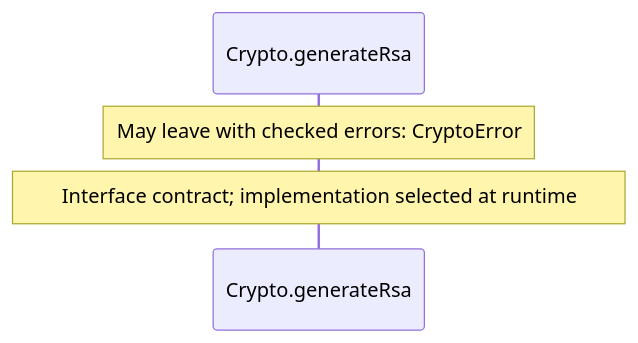
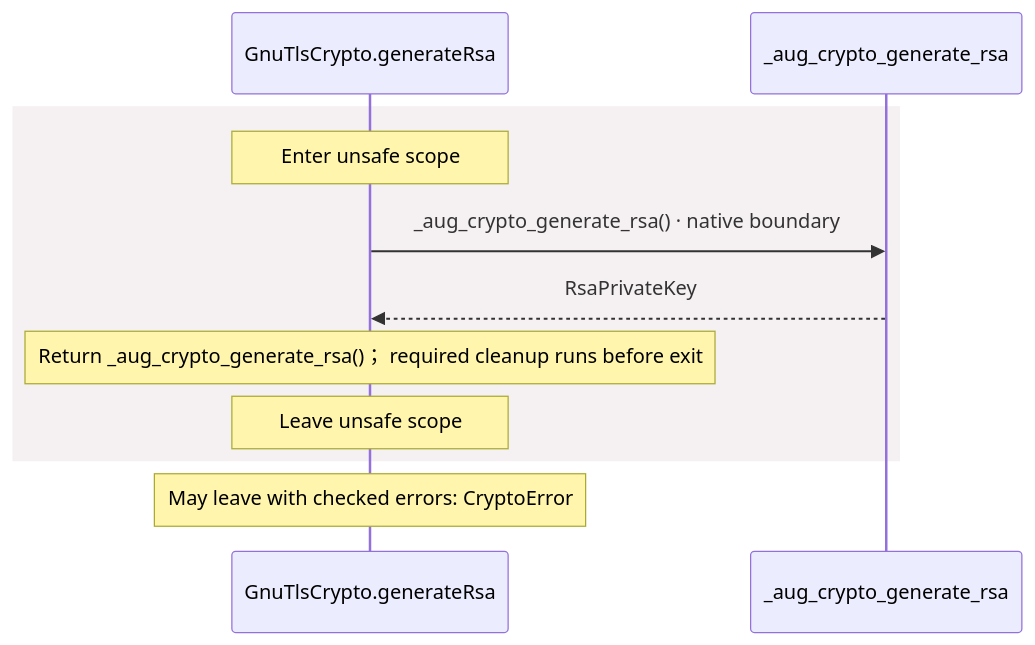
One commit to GreenPandaStudios/augscript changed the sixth of 14 diagrams in docs/examples/oidc-login/dependencies/packages/@git/url_9ef654c66d34ab8f5527/0.0.0-git.b14a0f9aa41f1ce58bd51133bcdc424033e40d40/contracts-diagrams.md. Above: the diagram before and after it, drawn with Mermaid. The commit also changed other lines of this file and 524 other files, not shown here.

Commit message:
Explain checked data flow at folder and service levels

````diff
--- a/docs/examples/oidc-login/dependencies/packages/@git/url_9ef654c66d34ab8f5527/0.0.0-git.b14a0f9aa41f1ce58bd51133bcdc424033e40d40/contracts-diagrams.md
+++ b/docs/examples/oidc-login/dependencies/packages/@git/url_9ef654c66d34ab8f5527/0.0.0-git.b14a0f9aa41f1ce58bd51133bcdc424033e40d40/contracts-diagrams.md
@@ -144,7 +331,13 @@
 ```mermaid
 sequenceDiagram
-    participant p0 as Crypto.generateRsa
-
+    participant p0 as GnuTlsCrypto.generateRsa
+    participant p1 as _aug_crypto_generate_rsa
+    rect rgb(245, 240, 241)
+    Note over p0: Enter unsafe scope
+    p0->>p1: _aug_crypto_generate_rsa() · native boundary
+    p1-->>p0: RsaPrivateKey
+    Note over p0: Return _aug_crypto_generate_rsa()； required cleanup runs before exit
+    Note over p0: Leave unsafe scope
+    end
     Note over p0: May leave with checked errors: CryptoError
-    Note over p0: Interface contract#59; implementation selected at runtime
 ```
````
